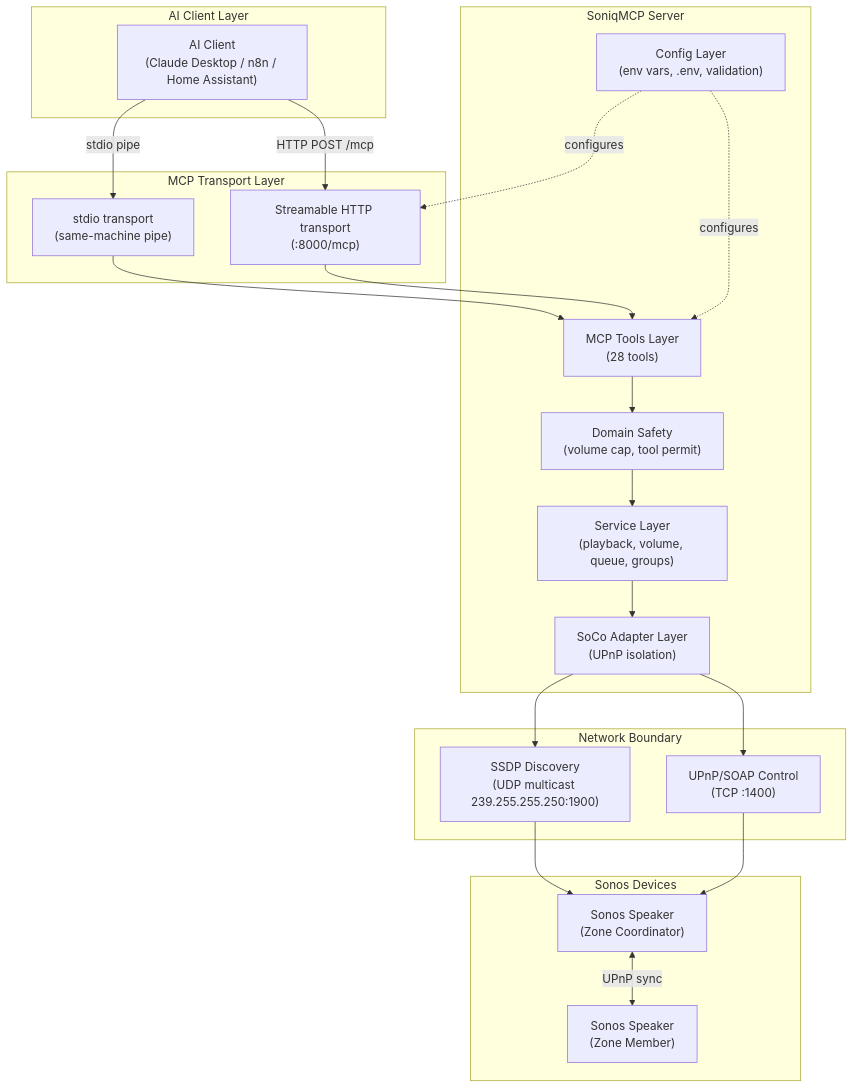
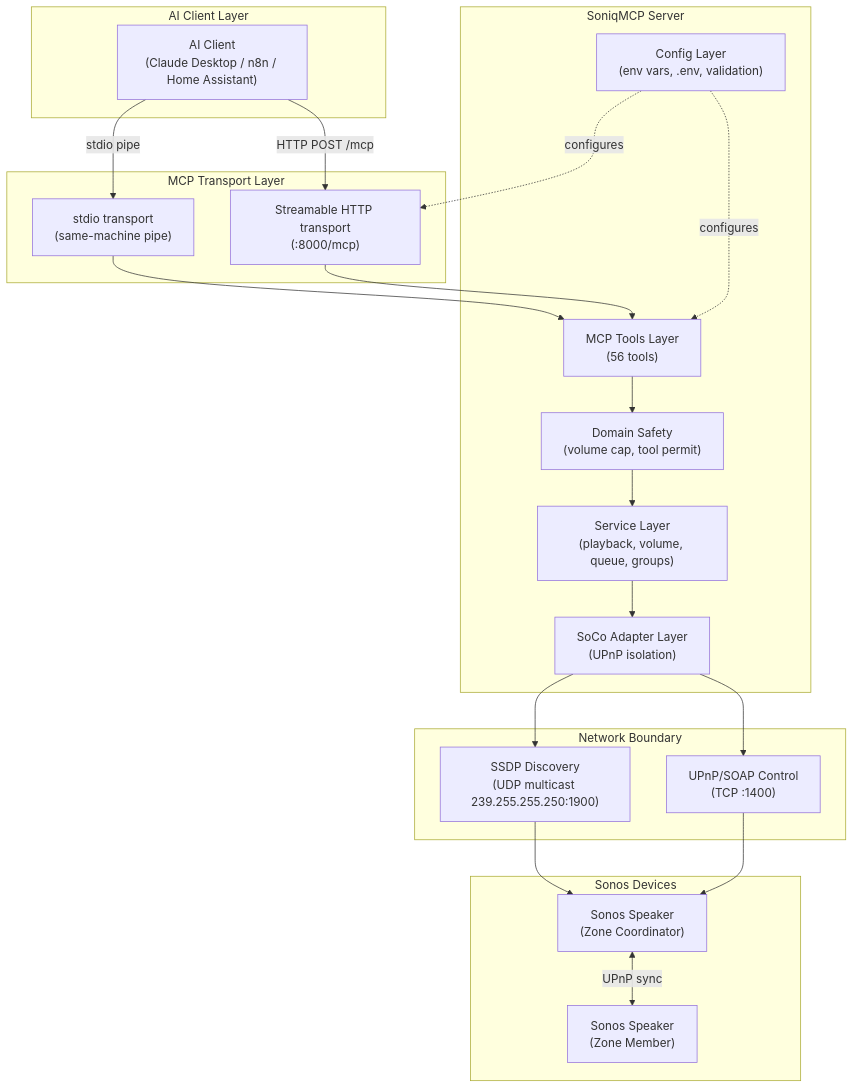
One commit to PaulKnauer/sonos-mcp-server changed the first of 8 diagrams in docs/security/threat-model.md. Above: the diagram before and after it, drawn with Mermaid. The commit also changed other lines of this file and 7 other files, not shown here.

````diff
--- a/docs/security/threat-model.md
+++ b/docs/security/threat-model.md
@@ -22,44 +22,44 @@
 ```mermaid
 graph TB
     subgraph "AI Client Layer"
         AI["AI Client\n(Claude Desktop / n8n / Home Assistant)"]
     end
 
     subgraph "MCP Transport Layer"
         STDIO["stdio transport\n(same-machine pipe)"]
         HTTP["Streamable HTTP transport\n(:8000/mcp)"]
     end
 
     subgraph "SoniqMCP Server"
-        TOOLS["MCP Tools Layer\n(28 tools)"]
+        TOOLS["MCP Tools Layer\n(56 tools)"]
         SAFETY["Domain Safety\n(volume cap, tool permit)"]
         SERVICES["Service Layer\n(playback, volume, queue, groups)"]
         ADAPTER["SoCo Adapter Layer\n(UPnP isolation)"]
         CONFIG["Config Layer\n(env vars, .env, validation)"]
     end
 
     subgraph "Network Boundary"
         SSDP["SSDP Discovery\n(UDP multicast 239.255.255.250:1900)"]
         UPNP["UPnP/SOAP Control\n(TCP :1400)"]
     end
 
     subgraph "Sonos Devices"
         SPEAKER1["Sonos Speaker\n(Zone Coordinator)"]
         SPEAKER2["Sonos Speaker\n(Zone Member)"]
     end
 
     AI -->|"stdio pipe"| STDIO
     AI -->|"HTTP POST /mcp"| HTTP
     STDIO --> TOOLS
     HTTP --> TOOLS
     TOOLS --> SAFETY
     SAFETY --> SERVICES
     SERVICES --> ADAPTER
     ADAPTER --> SSDP
     ADAPTER --> UPNP
     SSDP --> SPEAKER1
     UPNP --> SPEAKER1
     SPEAKER1 <-->|"UPnP sync"| SPEAKER2
     CONFIG -.->|"configures"| TOOLS
     CONFIG -.->|"configures"| HTTP
 ```
````
